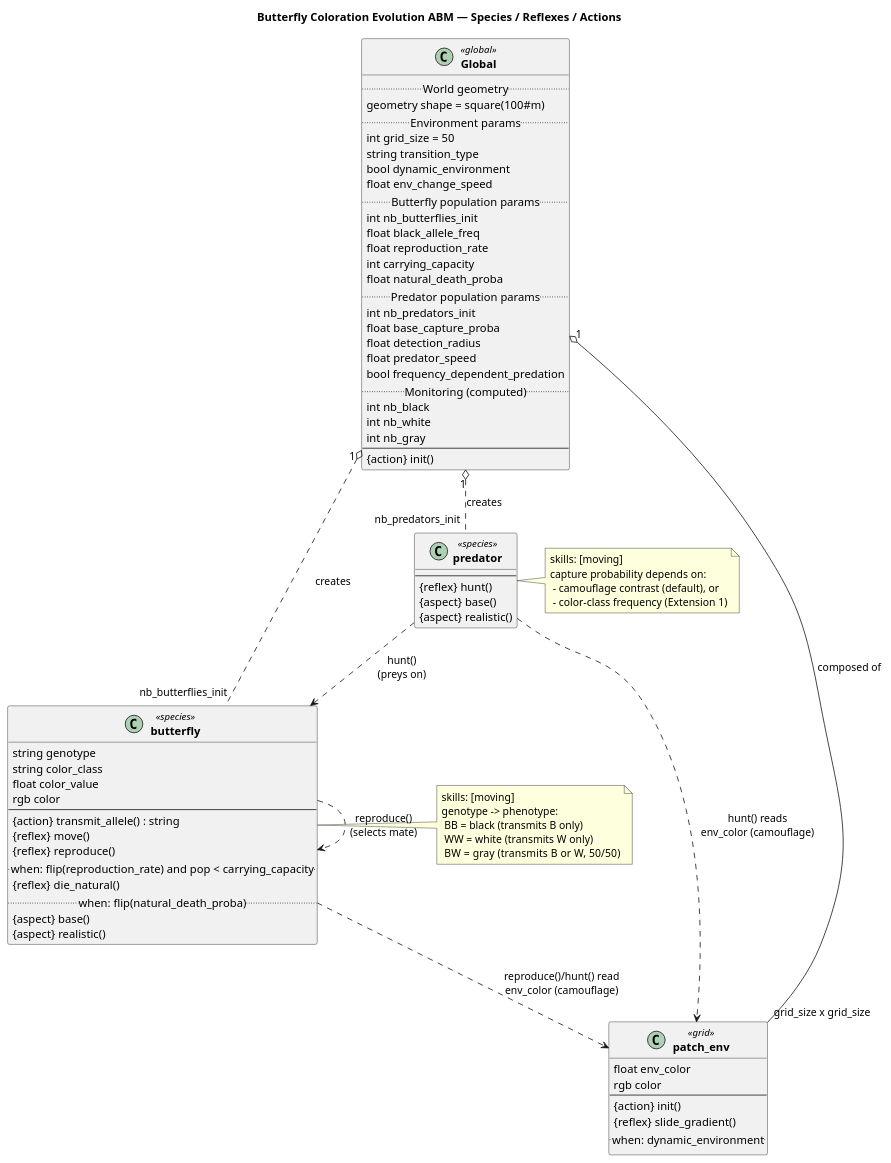
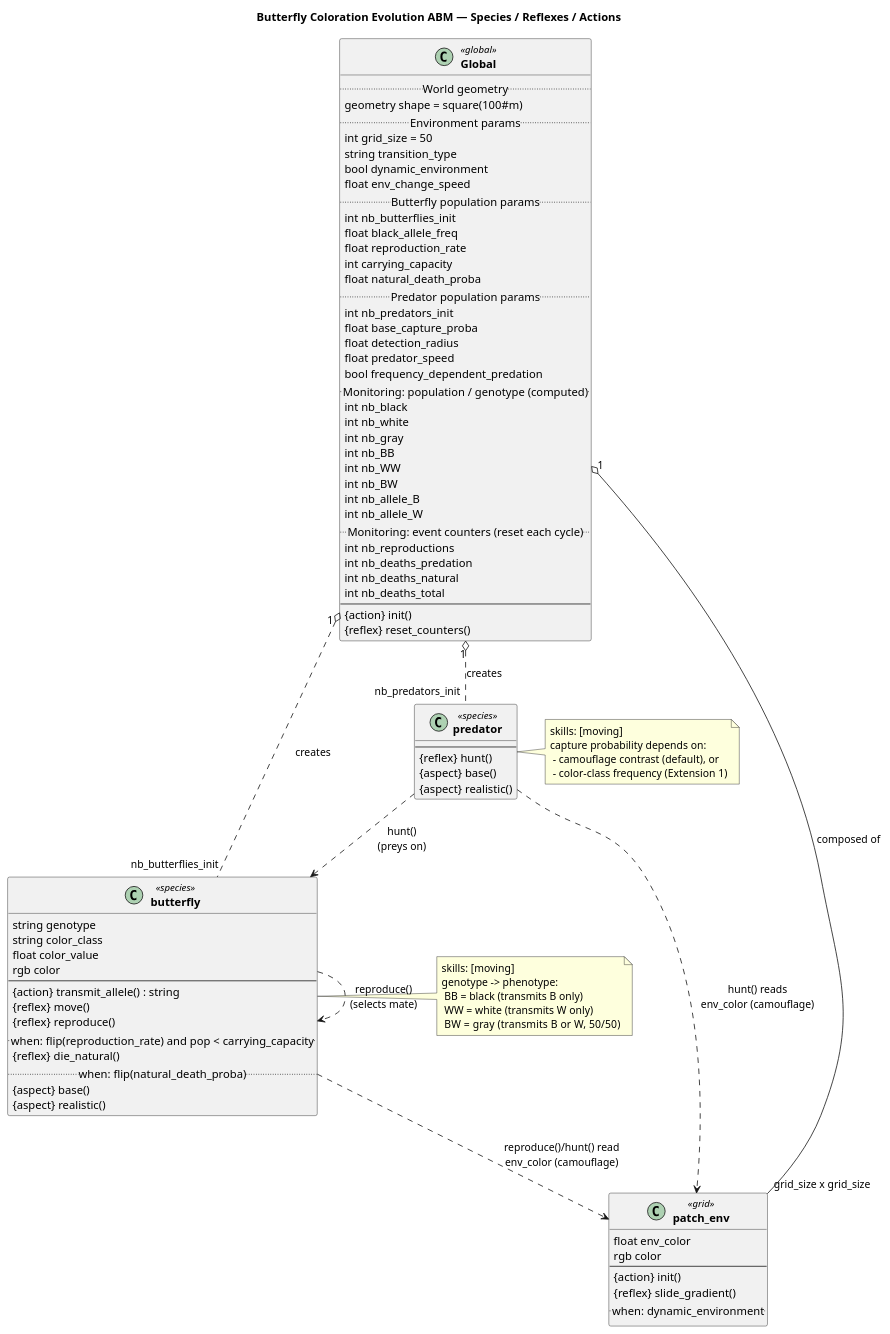
The diagram in diagrams/class_diagram.puml (oudommeng/SSO-GAMA-Butterfly-Coloration-Evolution), drawn with PlantUML before and after one commit. The commit also changed 6 other files, not shown here.

Commit message:
feat: add simulation diagrams, model monitoring metrics, event counters, and documentation extensions

```diff
--- a/diagrams/class_diagram.puml
+++ b/diagrams/class_diagram.puml
@@ -1,89 +1,100 @@
 @startuml Project01_ClassDiagram
 title Butterfly Coloration Evolution ABM — Species / Reflexes / Actions
 
 skinparam classAttributeIconSize 0
 skinparam classFontStyle bold
 
 class Global <<global>> {
   .. World geometry ..
   geometry shape = square(100#m)
   .. Environment params ..
   int grid_size = 50
   string transition_type
   bool dynamic_environment
   float env_change_speed
   .. Butterfly population params ..
   int nb_butterflies_init
   float black_allele_freq
   float reproduction_rate
   int carrying_capacity
   float natural_death_proba
   .. Predator population params ..
   int nb_predators_init
   float base_capture_proba
   float detection_radius
   float predator_speed
   bool frequency_dependent_predation
-  .. Monitoring (computed) ..
+  .. Monitoring: population / genotype (computed) ..
   int nb_black
   int nb_white
   int nb_gray
+  int nb_BB
+  int nb_WW
+  int nb_BW
+  int nb_allele_B
+  int nb_allele_W
+  .. Monitoring: event counters (reset each cycle) ..
+  int nb_reproductions
+  int nb_deaths_predation
+  int nb_deaths_natural
+  int nb_deaths_total
   --
   {action} init()
+  {reflex} reset_counters()
 }
 
 class patch_env <<grid>> {
   float env_color
   rgb color
   --
   {action} init()
   {reflex} slide_gradient()
   .. when: dynamic_environment ..
 }
 
 class butterfly <<species>> {
   string genotype
   string color_class
   float color_value
   rgb color
   --
   {action} transmit_allele() : string
   {reflex} move()
   {reflex} reproduce()
   .. when: flip(reproduction_rate) and pop < carrying_capacity ..
   {reflex} die_natural()
   .. when: flip(natural_death_proba) ..
   {aspect} base()
   {aspect} realistic()
 }
 note right of butterfly
   skills: [moving]
   genotype -> phenotype:
    BB = black (transmits B only)
    WW = white (transmits W only)
    BW = gray  (transmits B or W, 50/50)
 end note
 
 class predator <<species>> {
   --
   {reflex} hunt()
   {aspect} base()
   {aspect} realistic()
 }
 note right of predator
   skills: [moving]
   capture probability depends on:
    - camouflage contrast (default), or
    - color-class frequency (Extension 1)
 end note
 
 Global "1" o-- "grid_size x grid_size" patch_env : composed of
 Global "1" o.. "nb_butterflies_init" butterfly : creates
 Global "1" o.. "nb_predators_init" predator : creates
 
 predator ..> butterfly : hunt()\n(preys on)
 butterfly ..> patch_env : reproduce()/hunt() read\nenv_color (camouflage)
 predator ..> patch_env : hunt() reads\nenv_color (camouflage)
 butterfly ..> butterfly : reproduce()\n(selects mate)
 
 @enduml
```
